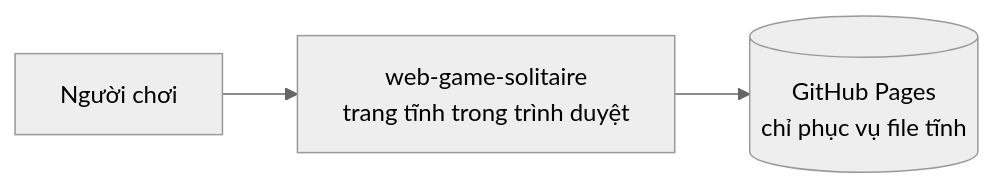
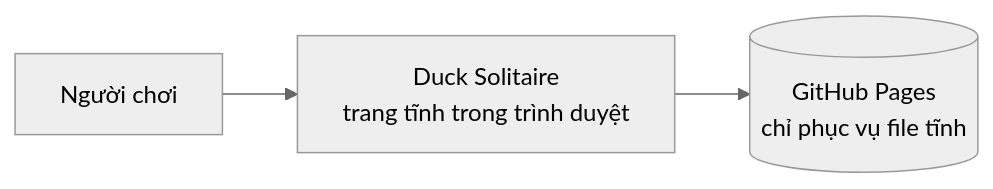
Before and after one commit to LeVanAnhDuc/web-game-duck-solitaire: the first of 2 diagrams in docs/03-design/architecture.md, drawn with Mermaid (neutral theme). The commit also changed 11 other files, not shown here.

````diff
--- a/docs/03-design/architecture.md
+++ b/docs/03-design/architecture.md
@@ -10,5 +10,5 @@
 ```mermaid
 graph LR
-  User[Người chơi] --> App[web-game-solitaire<br/>trang tĩnh trong trình duyệt]
+  User[Người chơi] --> App[Duck Solitaire<br/>trang tĩnh trong trình duyệt]
   App --> Pages[(GitHub Pages<br/>chỉ phục vụ file tĩnh)]
 ```
````
